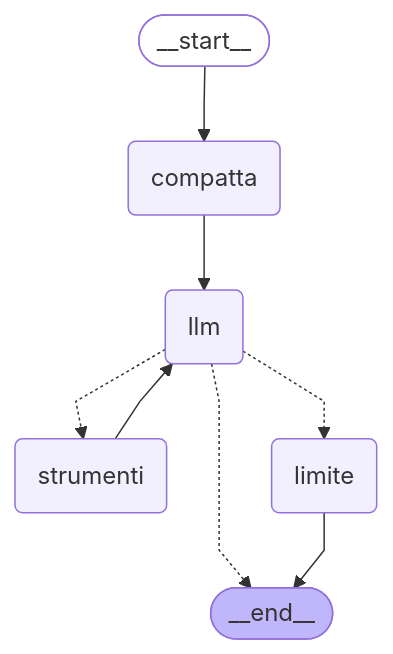
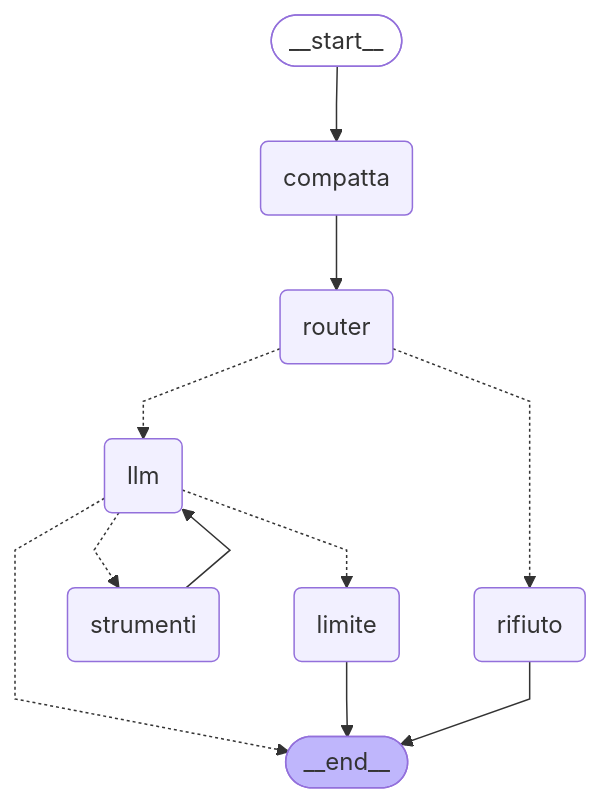
One commit to gabrielefranz25-create/lab-llm changed the diagram in lab_llm/docs/COME_FUNZIONA.md. Above: the diagram before and after it, drawn with Mermaid. The commit also changed other lines of this file and 5 other files, not shown here.

````diff
--- a/lab_llm/docs/COME_FUNZIONA.md
+++ b/lab_llm/docs/COME_FUNZIONA.md
@@ -64,24 +68,29 @@
 ```mermaid
 ---
 config:
   flowchart:
     curve: linear
 ---
 graph TD;
 	__start__([<p>__start__</p>]):::first
 	compatta(compatta)
+	router(router)
+	rifiuto(rifiuto)
 	llm(llm)
 	strumenti(strumenti)
 	limite(limite)
 	__end__([<p>__end__</p>]):::last
 	__start__ --> compatta;
-	compatta --> llm;
+	compatta --> router;
 	llm -.-> __end__;
 	llm -.-> limite;
 	llm -.-> strumenti;
+	router -.-> llm;
+	router -.-> rifiuto;
 	strumenti --> llm;
 	limite --> __end__;
+	rifiuto --> __end__;
 	classDef default fill:#f2f0ff,line-height:1.2
 	classDef first fill-opacity:0
 	classDef last fill:#bfb6fc
 ```
````
